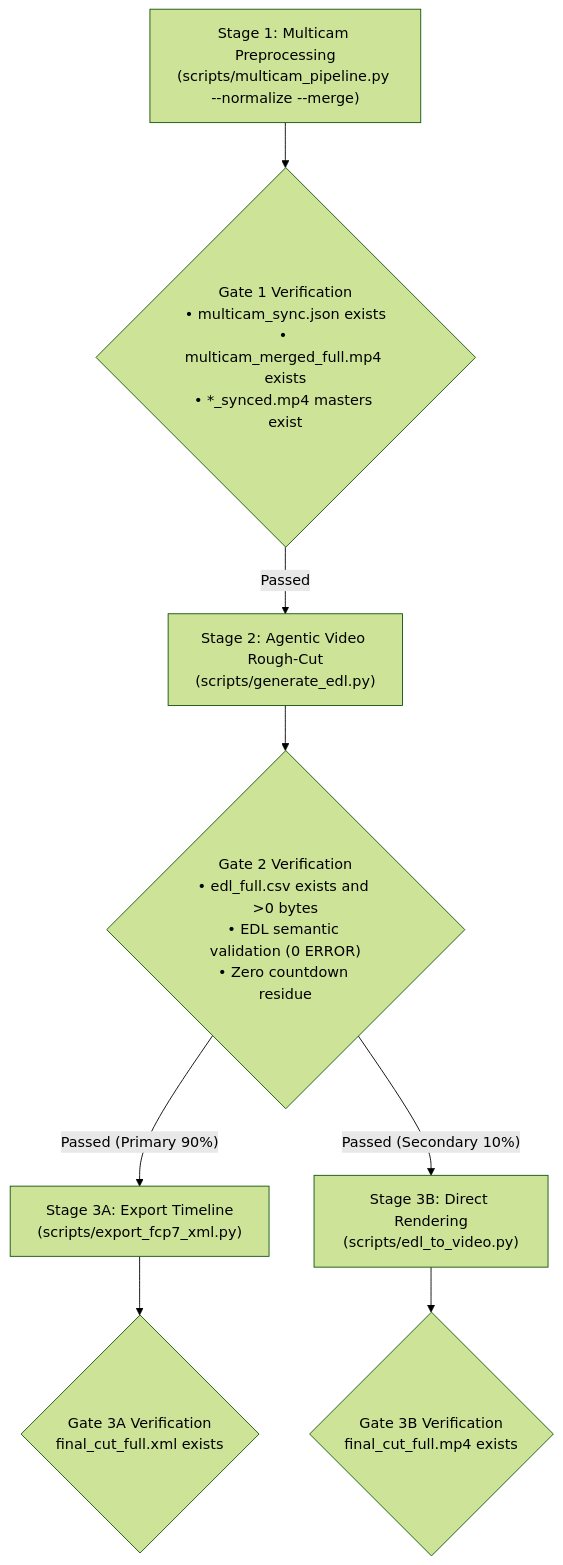
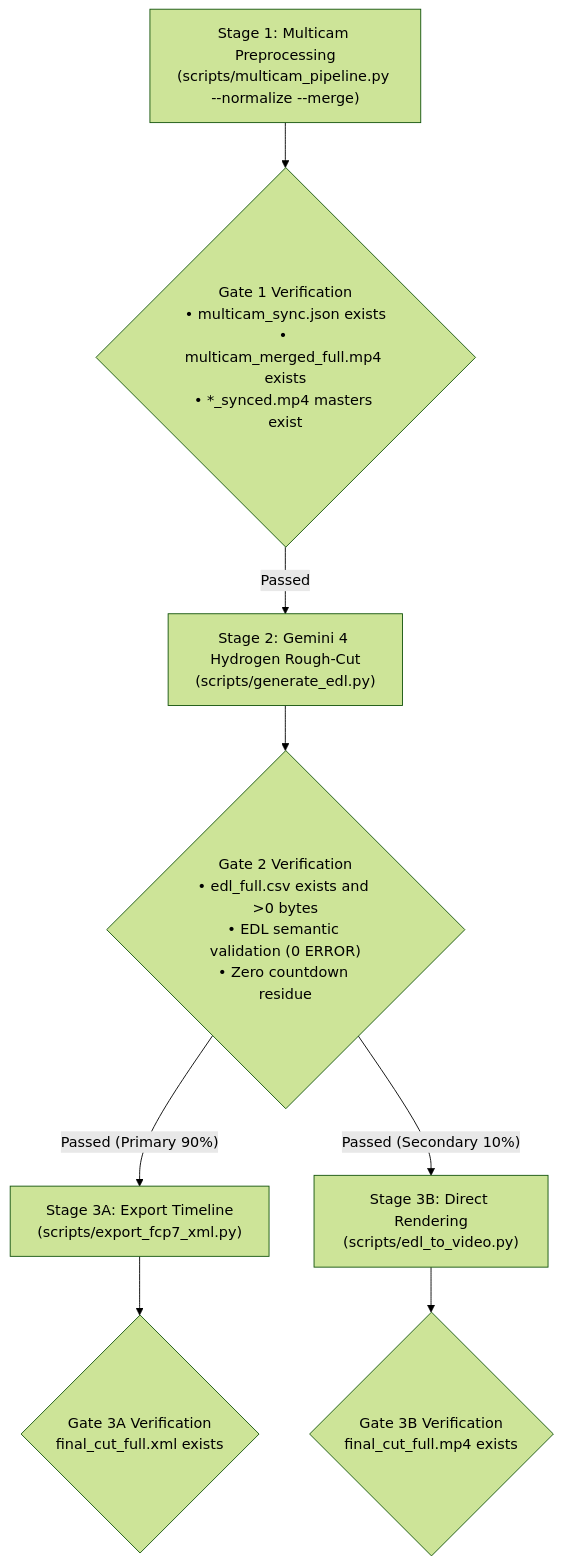
One commit to sylphlin/multicam-video-preprocessing changed the diagram in skills/multicam-video-preprocessing/SKILL.md. Above: the diagram before and after it, drawn with Mermaid (forest theme). The commit also changed other lines of this file and 13 other files, not shown here.

First line of the commit message:
feat(model): upgrade Stage 2 EDL model to Gemini 4 Hydrogen (gemini-4-hydrogen)

````diff
--- a/skills/multicam-video-preprocessing/SKILL.md
+++ b/skills/multicam-video-preprocessing/SKILL.md
@@ -64,10 +74,10 @@
 ```mermaid
 flowchart TD
     S1["Stage 1: Multicam Preprocessing<br/>(scripts/multicam_pipeline.py --normalize --merge)"] --> G1{"Gate 1 Verification<br/>• multicam_sync.json exists<br/>• multicam_merged_full.mp4 exists<br/>• *_synced.mp4 masters exist"}
-    G1 -->|"Passed"| S2["Stage 2: Agentic Video Rough-Cut<br/>(scripts/generate_edl.py)"]
+    G1 -->|"Passed"| S2["Stage 2: Gemini 4 Hydrogen Rough-Cut<br/>(scripts/generate_edl.py)"]
     S2 --> G2{"Gate 2 Verification<br/>• edl_full.csv exists and >0 bytes<br/>• EDL semantic validation (0 ERROR)<br/>• Zero countdown residue"}
     G2 -->|"Passed (Primary 90%)"| S3A["Stage 3A: Export Timeline<br/>(scripts/export_fcp7_xml.py)"]
     G2 -->|"Passed (Secondary 10%)"| S3B["Stage 3B: Direct Rendering<br/>(scripts/edl_to_video.py)"]
     S3A --> G3A{"Gate 3A Verification<br/>final_cut_full.xml exists"}
     S3B --> G3B{"Gate 3B Verification<br/>final_cut_full.mp4 exists"}
 ```
````
